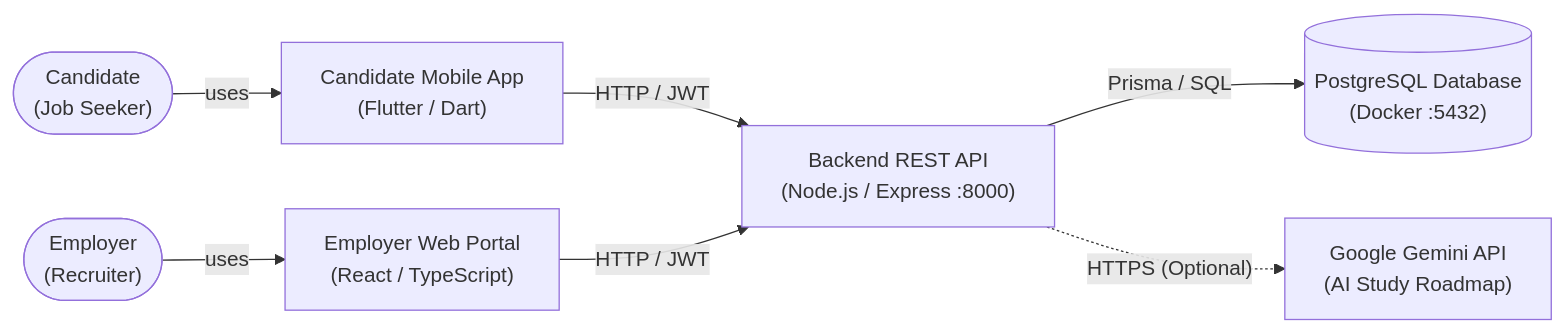
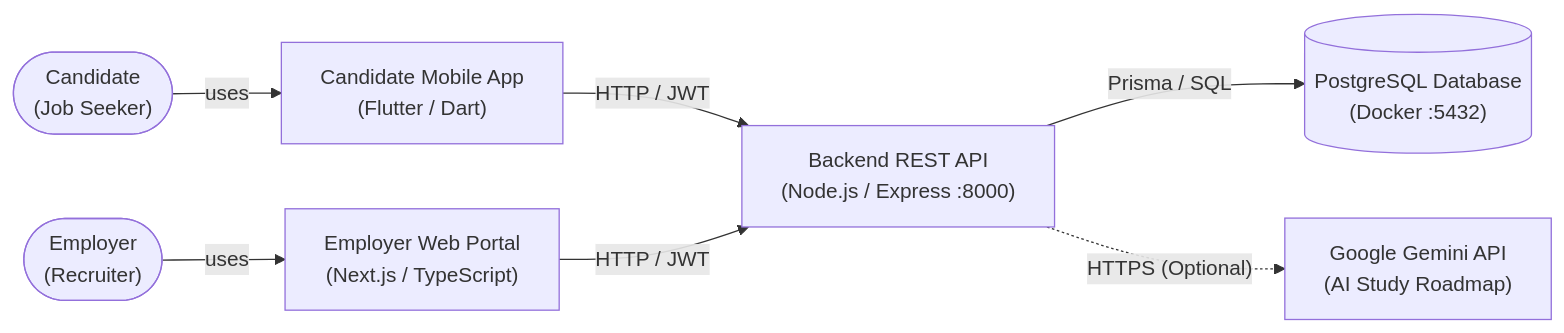
Before and after one commit to Suyheng0106/project-practicum-blueprint: the diagram in context/phase-03/02_system_architecture_map.md, drawn with Mermaid. The commit also changed other lines of this file and 7 other files, not shown here.

Commit message:
migrate employer web portal tech stack from React to Next.js

````diff
--- a/context/phase-03/02_system_architecture_map.md
+++ b/context/phase-03/02_system_architecture_map.md
@@ -30,11 +30,11 @@
 ```mermaid
 flowchart LR
     Candidate(["Candidate<br/>(Job Seeker)"]) -->|"uses"| Mobile["Candidate Mobile App<br/>(Flutter / Dart)"]
-    Employer(["Employer<br/>(Recruiter)"]) -->|"uses"| Web["Employer Web Portal<br/>(React / TypeScript)"]
+    Employer(["Employer<br/>(Recruiter)"]) -->|"uses"| Web["Employer Web Portal<br/>(Next.js / TypeScript)"]
 
     Mobile -->|"HTTP / JWT"| API["Backend REST API<br/>(Node.js / Express :8000)"]
     Web -->|"HTTP / JWT"| API
 
     API -->|"Prisma / SQL"| DB[("PostgreSQL Database<br/>(Docker :5432)")]
     API -.->|"HTTPS (Optional)"| Gemini["Google Gemini API<br/>(AI Study Roadmap)"]
 ```
````
